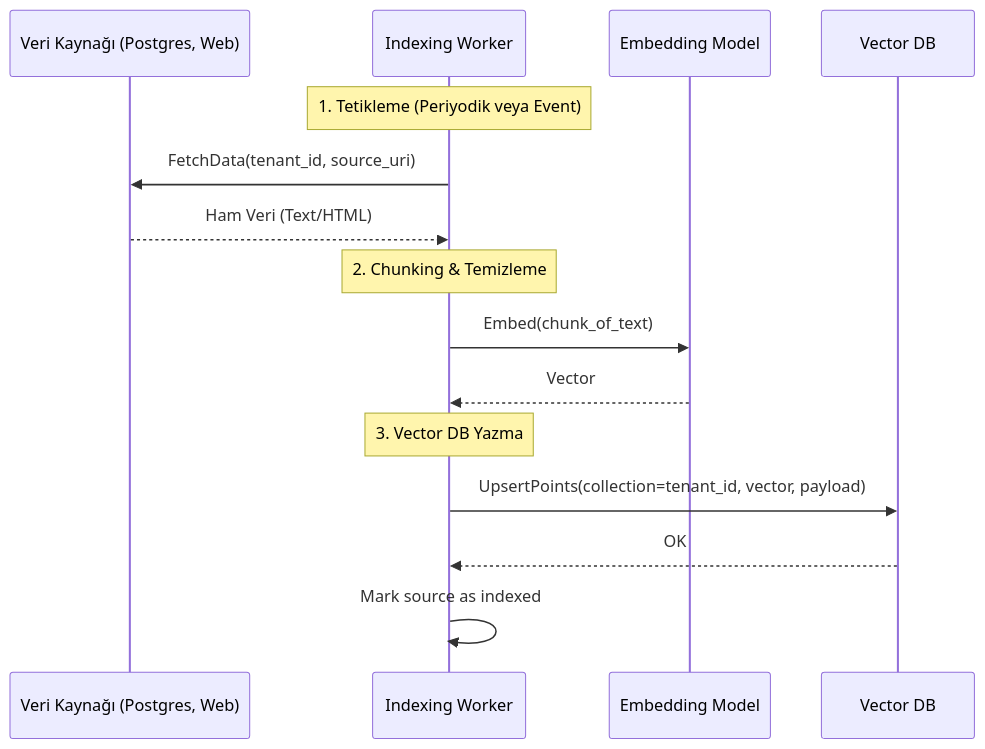
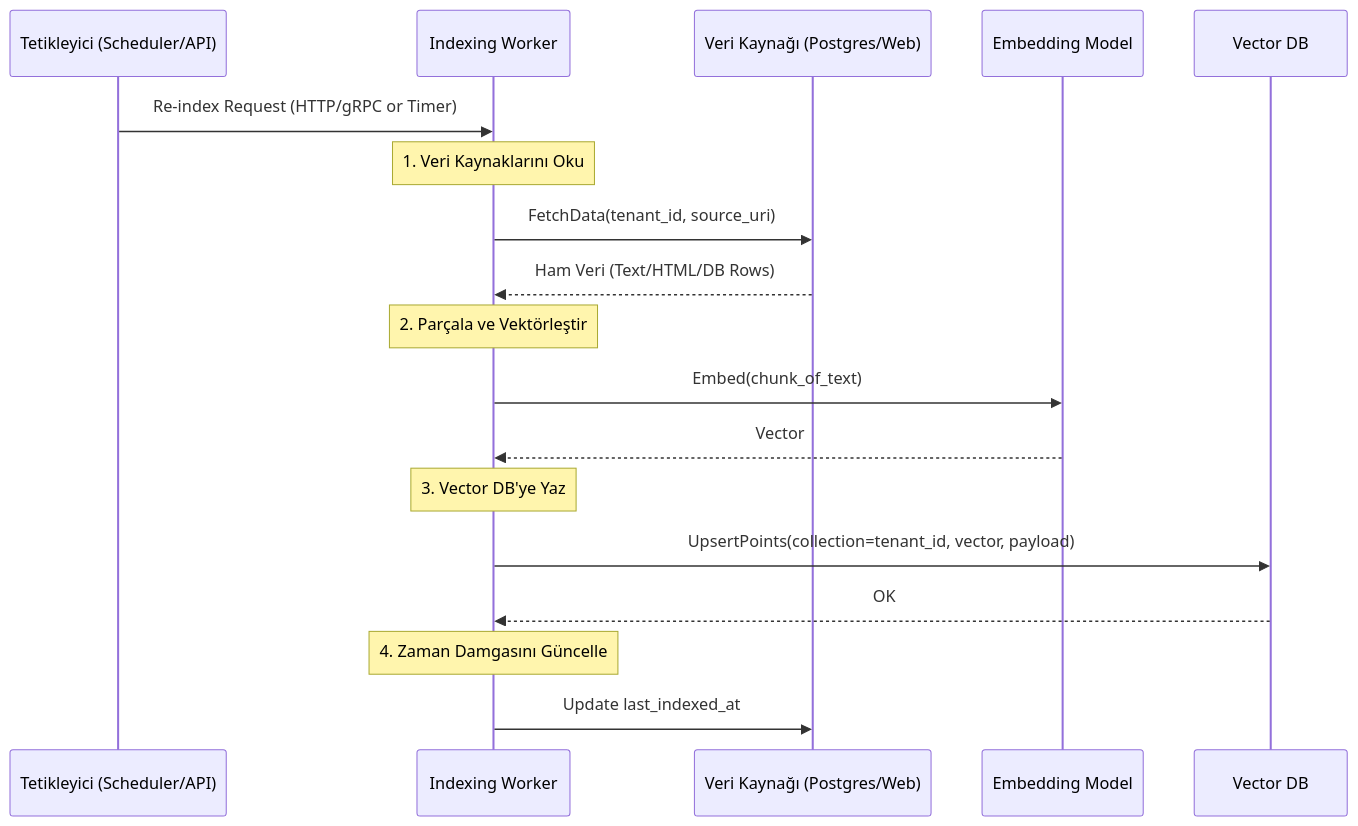
One commit to sentiric/sentiric-knowledge-indexing-service changed the diagram in LOGIC.md. Above: the diagram before and after it, drawn with Mermaid. The commit also changed other lines of this file and 9 other files, not shown here.

````diff
--- a/LOGIC.md
+++ b/LOGIC.md
@@ -11,21 +11,25 @@
 ```mermaid
 sequenceDiagram
-    participant Source as Veri Kaynağı (Postgres, Web)
+    participant Trigger as Tetikleyici (Scheduler/API)
     participant Worker as Indexing Worker
+    participant Source as Veri Kaynağı (Postgres/Web)
     participant Embedding as Embedding Model
     participant Qdrant as Vector DB
     
-    Note over Worker: 1. Tetikleme (Periyodik veya Event)
+    Trigger->>Worker: Re-index Request (HTTP/gRPC or Timer)
+    
+    Note over Worker: 1. Veri Kaynaklarını Oku
     Worker->>Source: FetchData(tenant_id, source_uri)
-    Source-->>Worker: Ham Veri (Text/HTML)
+    Source-->>Worker: Ham Veri (Text/HTML/DB Rows)
     
-    Note over Worker: 2. Chunking & Temizleme
+    Note over Worker: 2. Parçala ve Vektörleştir
     Worker->>Embedding: Embed(chunk_of_text)
     Embedding-->>Worker: Vector
     
-    Note over Worker: 3. Vector DB Yazma
+    Note over Worker: 3. Vector DB'ye Yaz
     Worker->>Qdrant: UpsertPoints(collection=tenant_id, vector, payload)
     Qdrant-->>Worker: OK
     
-    Worker->>Worker: Mark source as indexed
+    Note over Worker: 4. Zaman Damgasını Güncelle
+    Worker->>Source: Update last_indexed_at
 ```
````
